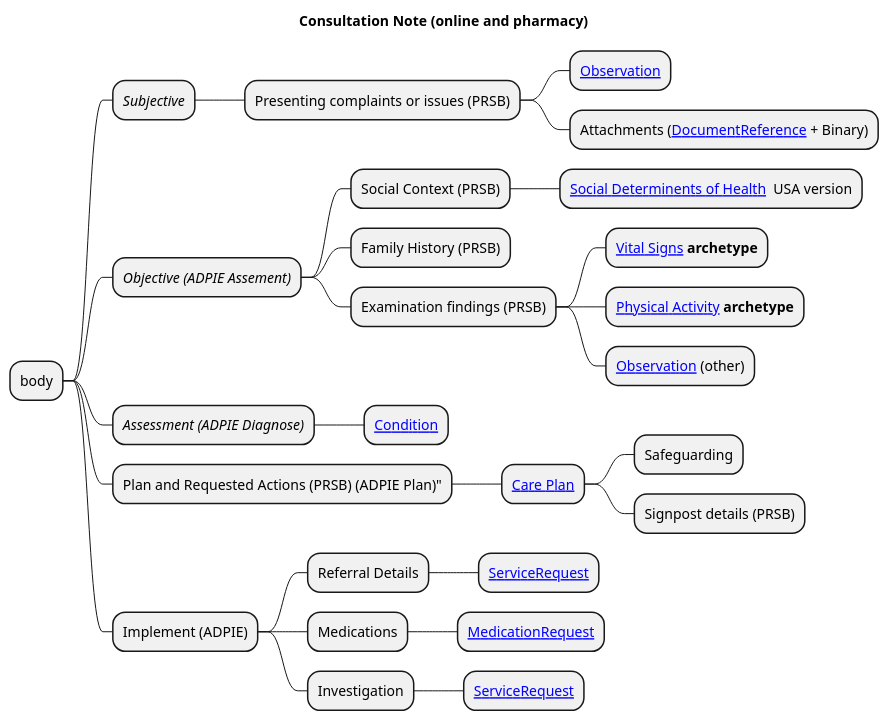
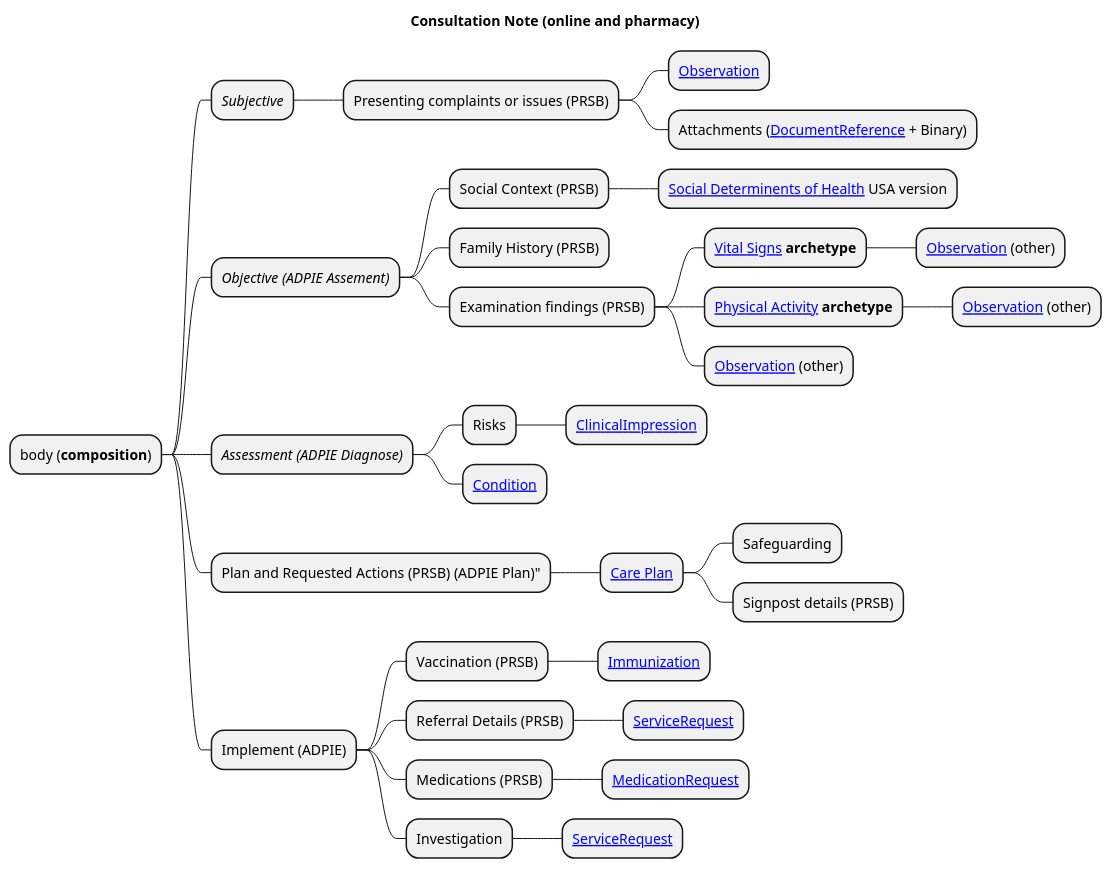
The diagram in input/images-source/consultation-note-mindmap.plantuml (Virtually-Healthcare/virtually-healthcare.github.com), drawn with PlantUML before and after one commit. The commit also changed 1 other file, not shown here.

```diff
--- a/input/images-source/consultation-note-mindmap.plantuml
+++ b/input/images-source/consultation-note-mindmap.plantuml
@@ -1,32 +1,38 @@
 @startmindmap
 
 title "Consultation Note (online and pharmacy)"
 
-* body
+* body (**composition**)
 ** <i>Subjective</i>
 *** Presenting complaints or issues (PRSB)
 **** [[StructureDefinition-Observation.html Observation]]
 **** Attachments ([[StructureDefinition-DocumentReference.html DocumentReference]] + Binary)
 ** <i>Objective (ADPIE Assement)</i>
 *** Social Context (PRSB)
-**** [[https://build.fhir.org/ig/HL7/fhir-sdoh-clinicalcare/ Social Determinents of Health]]  USA version
+**** [[https://build.fhir.org/ig/HL7/fhir-sdoh-clinicalcare/ Social Determinents of Health]] USA version
 *** Family History (PRSB)
 *** Examination findings (PRSB)
 **** [[assessments-and-observations.html#vital-signs Vital Signs]] <b>archetype</b>
+***** [[StructureDefinition-Observation.html Observation]] (other)
 **** [[assessments-and-observations.html#daily-physical-activity Physical Activity]] <b>archetype</b>
+***** [[StructureDefinition-Observation.html Observation]] (other)
 **** [[StructureDefinition-Observation.html Observation]] (other)
 ** <i>Assessment (ADPIE Diagnose)</i>
+*** Risks
+**** [[StructureDefinition-ClinicalImpression.html ClinicalImpression]]
 *** [[StructureDefinition-Condition.html Condition]]
 ** Plan and Requested Actions (PRSB) (ADPIE Plan)"
 *** [[StructureDefinition-CarePlan.html Care Plan]]
 **** Safeguarding
 **** Signpost details (PRSB)
 ** Implement (ADPIE)
-*** Referral Details
+*** Vaccination (PRSB)
+**** [[StructureDefinition-Immunization.html Immunization]]
+*** Referral Details (PRSB)
 **** [[StructureDefinition-ServiceRequest.html ServiceRequest]]
-*** Medications
+*** Medications (PRSB)
 **** [[StructureDefinition-MedicationRequest.html MedicationRequest]]
 *** Investigation
 **** [[StructureDefinition-ServiceRequest.html ServiceRequest]]
 
 @endmindmap
```
